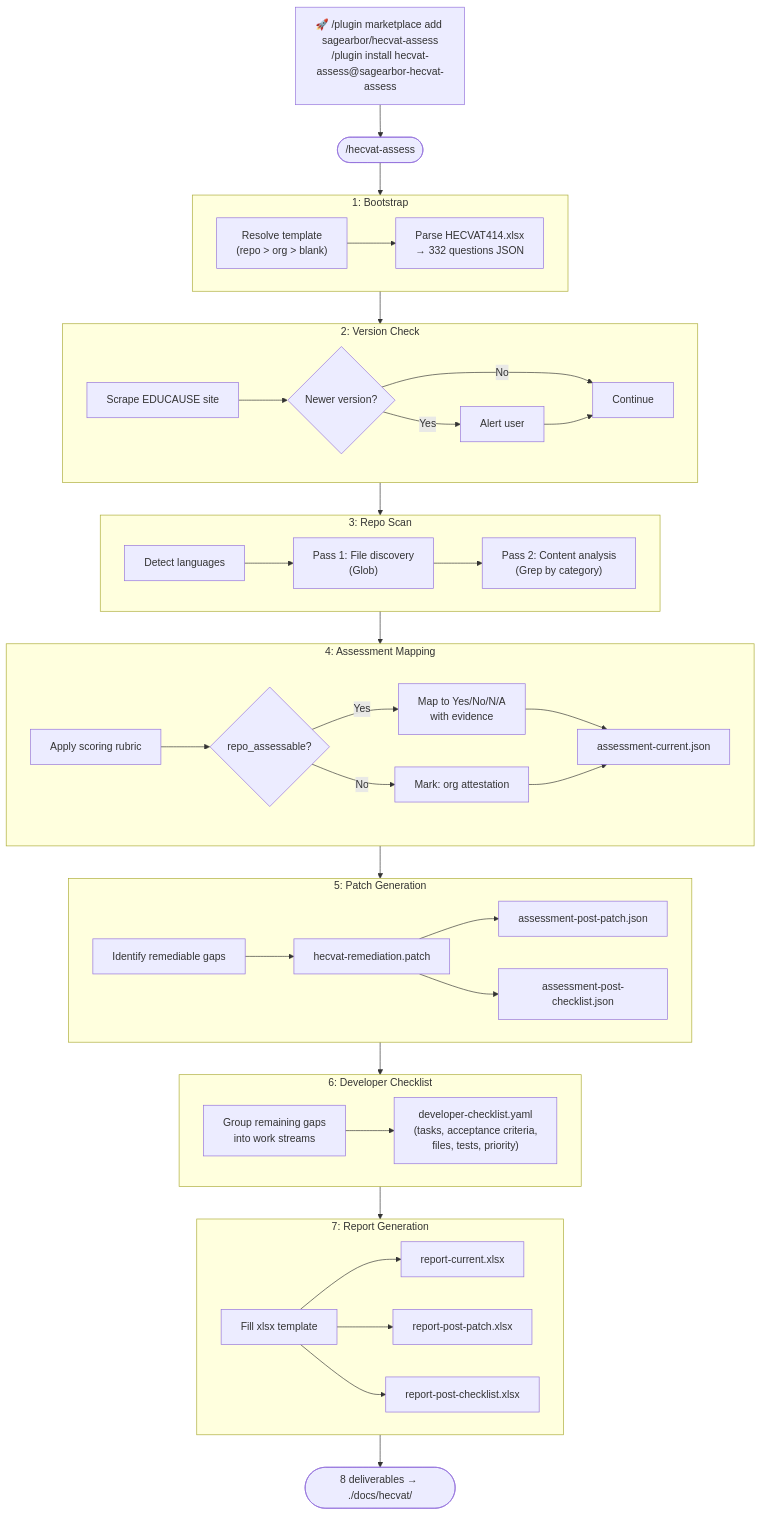
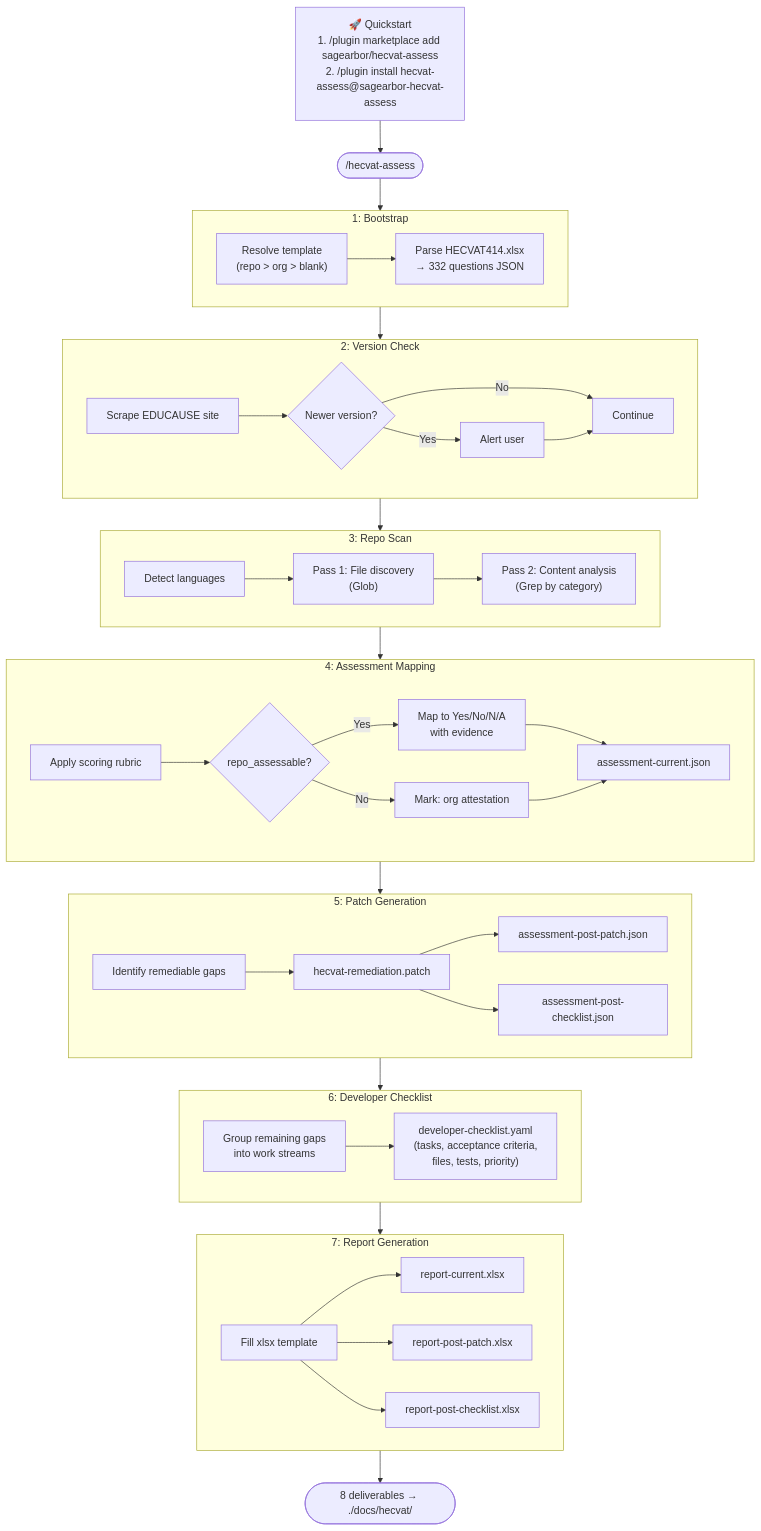
Before and after one commit to sagearbor/hecvat-assess: the diagram in README.md, drawn with Mermaid.

Commit message:
Fix Mermaid quickstart box wrapping on GitHub
Replace \n (not rendered) with <br/> for proper line breaks in the
Mermaid flowchart top node. Add numbered steps and a "Quickstart"
header so the install commands display cleanly instead of wrapping
into an unreadable block.

````diff
--- a/README.md
+++ b/README.md
@@ -108,59 +108,59 @@
 ```mermaid
 flowchart TD
-    QS["🚀 /plugin marketplace add sagearbor/hecvat-assess\n/plugin install hecvat-assess@sagearbor-hecvat-assess"] --> START
+    QS["🚀 Quickstart<br/>1. /plugin marketplace add sagearbor/hecvat-assess<br/>2. /plugin install hecvat-assess@sagearbor-hecvat-assess"] --> START
     START(["/hecvat-assess"]) --> S1
 
     subgraph S1["1: Bootstrap"]
         S1A["Resolve template<br/>(repo > org > blank)"] --> S1B["Parse HECVAT414.xlsx<br/>→ 332 questions JSON"]
     end
 
     S1 --> S2
 
     subgraph S2["2: Version Check"]
         S2A["Scrape EDUCAUSE site"] --> S2B{"Newer version?"}
         S2B -- Yes --> S2C["Alert user"]
         S2B -- No --> S2D["Continue"]
         S2C --> S2D
     end
 
     S2 --> S3
 
     subgraph S3["3: Repo Scan"]
         S3A["Detect languages"] --> S3B["Pass 1: File discovery<br/>(Glob)"]
         S3B --> S3C["Pass 2: Content analysis<br/>(Grep by category)"]
     end
 
     S3 --> S4
 
     subgraph S4["4: Assessment Mapping"]
         S4A["Apply scoring rubric"] --> S4B{"repo_assessable?"}
         S4B -- Yes --> S4C["Map to Yes/No/N/A<br/>with evidence"]
         S4B -- No --> S4D["Mark: org attestation"]
         S4C --> S4E["assessment-current.json"]
         S4D --> S4E
     end
 
     S4 --> S5
 
     subgraph S5["5: Patch Generation"]
         S5A["Identify remediable gaps"] --> S5B["hecvat-remediation.patch"]
         S5B --> S5C["assessment-post-patch.json"]
         S5B --> S5D["assessment-post-checklist.json"]
     end
 
     S5 --> S6
 
     subgraph S6["6: Developer Checklist"]
         S6A["Group remaining gaps<br/>into work streams"] --> S6B["developer-checklist.yaml<br/>(tasks, acceptance criteria,<br/>files, tests, priority)"]
     end
 
     S6 --> S7
 
     subgraph S7["7: Report Generation"]
         S7A["Fill xlsx template"] --> S7B["report-current.xlsx"]
         S7A --> S7C["report-post-patch.xlsx"]
         S7A --> S7D["report-post-checklist.xlsx"]
     end
 
     S7 --> DONE(["8 deliverables → ./docs/hecvat/"])
 ```
````
